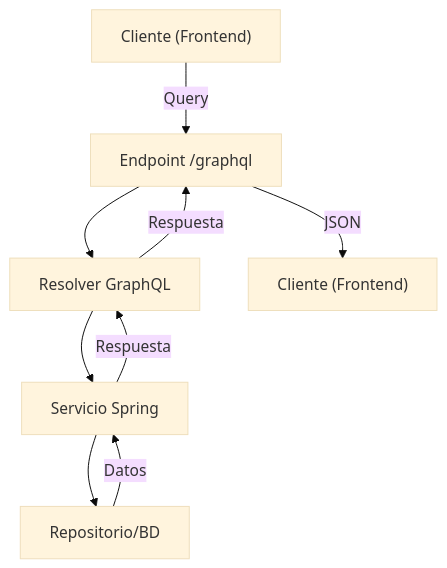
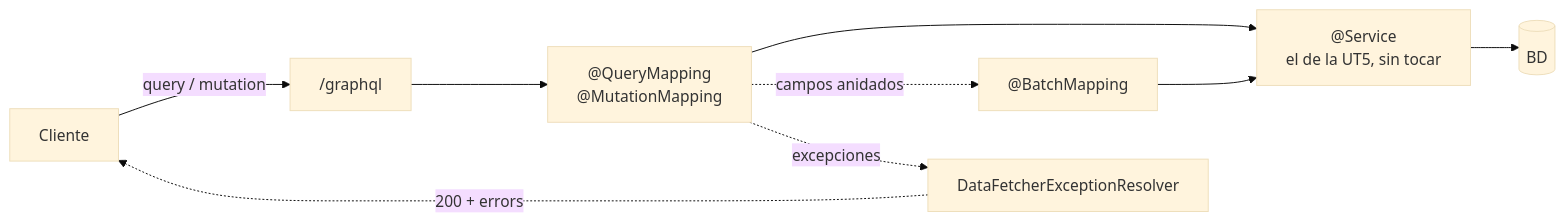
The diagram in docs/ut6/02-graphql.md (campusdevfp/dwes2627), drawn with Mermaid (base theme) before and after one commit. The commit also changed other lines of this file and 22 other files, not shown here.

````diff
--- a/docs/ut6/02-graphql.md
+++ b/docs/ut6/02-graphql.md
@@ -467,11 +350,11 @@
 ```mermaid
-flowchart TD
-  A["Cliente (Frontend)"]-->|"Query"|B["Endpoint /graphql"]
-  B-->C["Resolver GraphQL"]
-  C-->D["Servicio Spring"]
-  D-->E["Repositorio/BD"]
-  E-->|"Datos"|D
-  D-->|"Respuesta"|C
-  C-->|"Respuesta"|B
-  B-->|"JSON"|F["Cliente (Frontend)"]
+flowchart LR
+  A["Cliente"] -->|"query / mutation"| B["/graphql"]
+  B --> C["@QueryMapping<br/>@MutationMapping"]
+  C --> D["@Service<br/>el de la UT5, sin tocar"]
+  D --> E[("BD")]
+  C -.->|"campos anidados"| F["@BatchMapping"]
+  F --> D
+  C -.->|"excepciones"| G["DataFetcherExceptionResolver"]
+  G -.->|"200 + errors"| A
 ```
````
